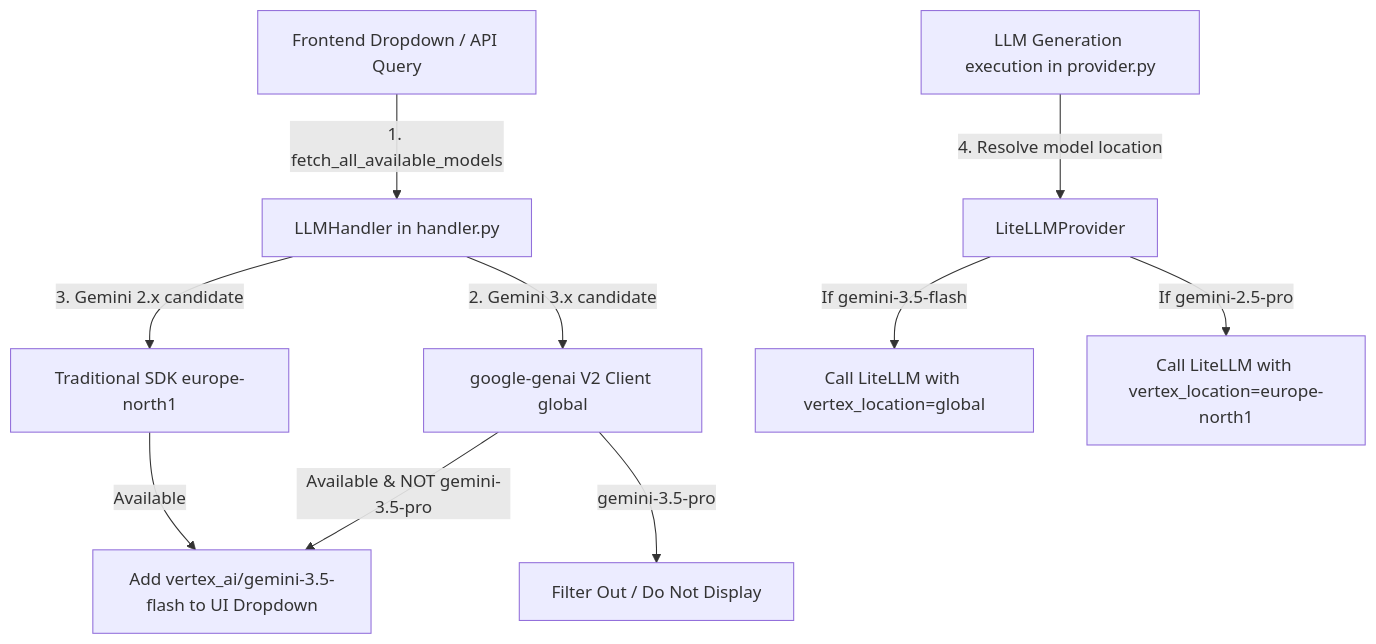
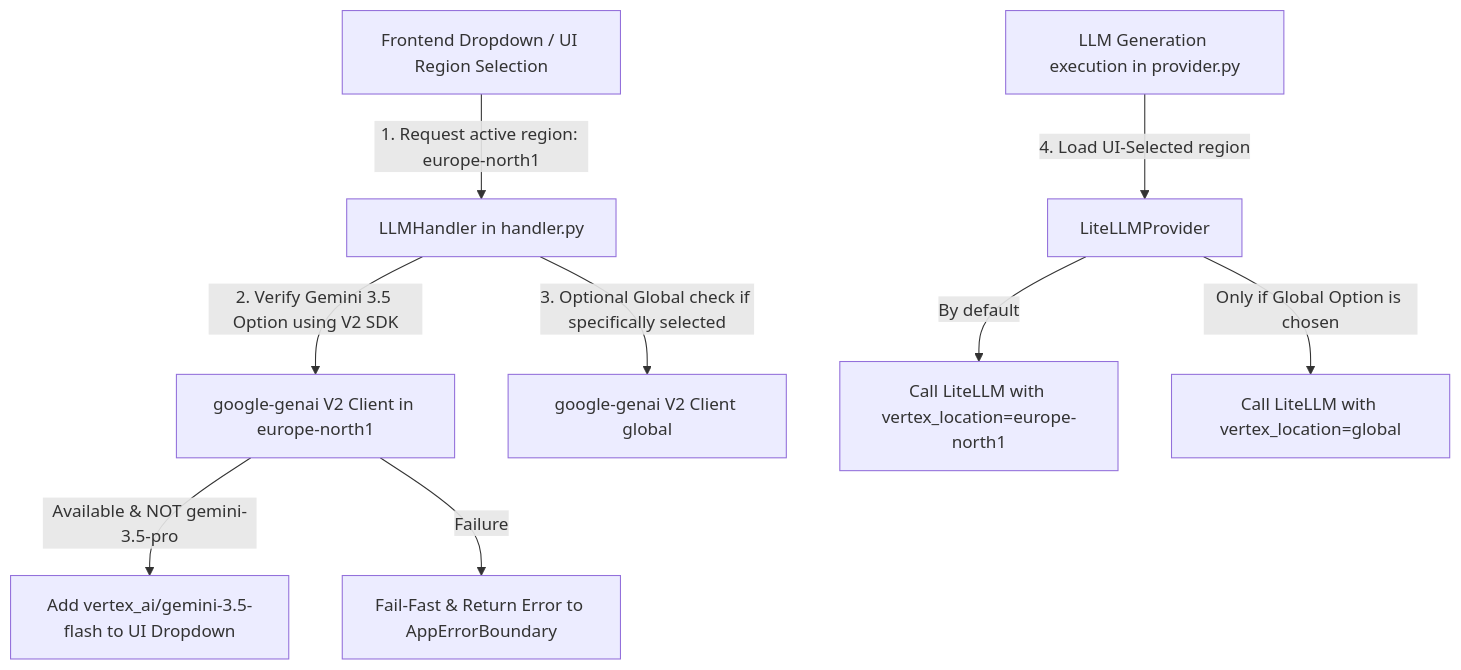
One commit to launis/quorum changed the diagram in docs/epic/EPIC_65_Google_GenAI_V2_Migration_and_Global_Endpoint_Multiplexing.md. Above: the diagram before and after it, drawn with Mermaid. The commit also changed other lines of this file and 27 other files, not shown here.

Commit message:
feat: integrate multi-provider Vertex AI model garden with LLM handler, chat parsing, and global endpoint multiplexing support.

````diff
--- a/docs/epic/EPIC_65_Google_GenAI_V2_Migration_and_Global_Endpoint_Multiplexing.md
+++ b/docs/epic/EPIC_65_Google_GenAI_V2_Migration_and_Global_Endpoint_Multiplexing.md
@@ -47,14 +52,13 @@
 ```mermaid
 graph TD
-    UI[Frontend Dropdown / API Query] -->|1. fetch_all_available_models| Handler[LLMHandler in handler.py]
-    Handler -->|2. Gemini 3.x candidate| VerifyGlobal[google-genai V2 Client global]
-    Handler -->|3. Gemini 2.x candidate| VerifyHamina[Traditional SDK europe-north1]
+    UI[Frontend Dropdown / UI Region Selection] -->|1. Request active region: europe-north1| Handler[LLMHandler in handler.py]
+    Handler -->|2. Verify Gemini 3.5 Option using V2 SDK| VerifyV2[google-genai V2 Client in europe-north1]
+    Handler -->|3. Optional Global check if specifically selected| VerifyGlobal[google-genai V2 Client global]
     
-    VerifyGlobal -->|Available & NOT gemini-3.5-pro| UIList[Add vertex_ai/gemini-3.5-flash to UI Dropdown]
-    VerifyGlobal -->|gemini-3.5-pro| UISkip[Filter Out / Do Not Display]
-    VerifyHamina -->|Available| UIList
+    VerifyV2 -->|Available & NOT gemini-3.5-pro| UIList[Add vertex_ai/gemini-3.5-flash to UI Dropdown]
+    VerifyV2 -->|Failure| UIError[Fail-Fast & Return Error to AppErrorBoundary]
     
-    Execution[LLM Generation execution in provider.py] -->|4. Resolve model location| Multiplex[LiteLLMProvider]
-    Multiplex -->|If gemini-3.5-flash| RouteGlobal[Call LiteLLM with vertex_location=global]
-    Multiplex -->|If gemini-2.5-pro| RouteHamina[Call LiteLLM with vertex_location=europe-north1]
+    Execution[LLM Generation execution in provider.py] -->|4. Load UI-Selected region| Multiplex[LiteLLMProvider]
+    Multiplex -->|By default| RouteSelected[Call LiteLLM with vertex_location=europe-north1]
+    Multiplex -->|Only if Global Option is chosen| RouteGlobal[Call LiteLLM with vertex_location=global]
 ```
````
